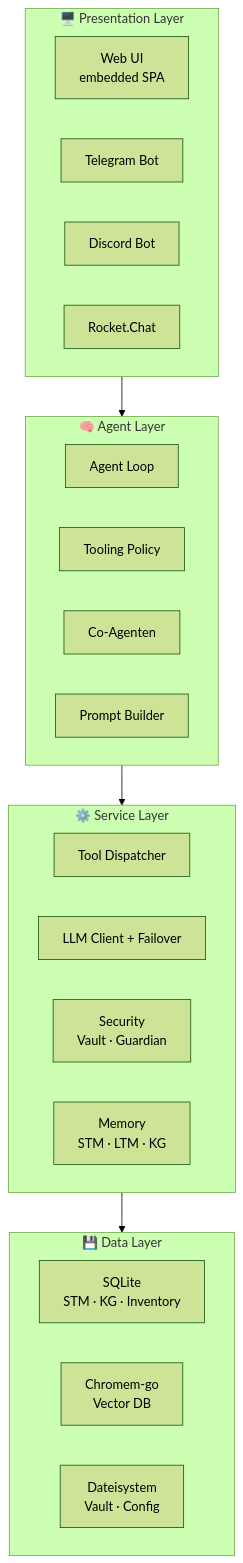
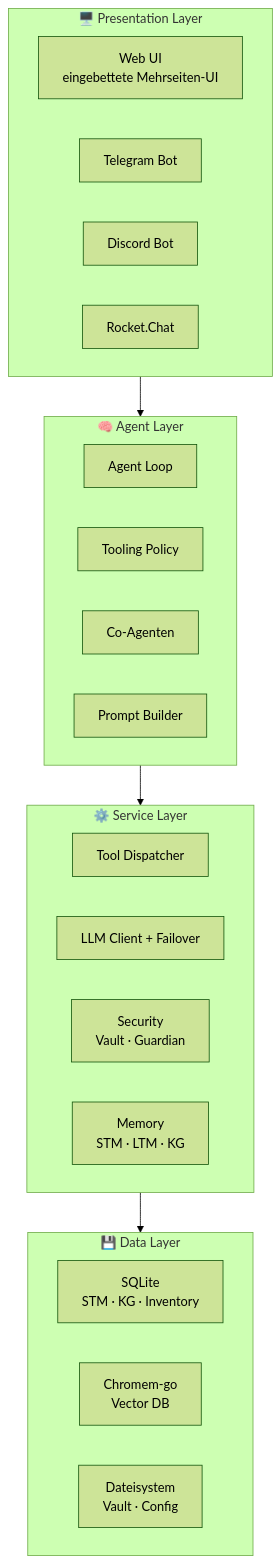
The first of 10 diagrams in documentation/manual/de/23-interna.md (antibyte/AuraGo), drawn with Mermaid (forest theme) before and after one commit. The commit also changed other lines of this file and 28 other files, not shown here.

````diff
--- a/documentation/manual/de/23-interna.md
+++ b/documentation/manual/de/23-interna.md
@@ -41,33 +41,33 @@
 ```mermaid
 flowchart TB
     subgraph Presentation["🖥️ Presentation Layer"]
-        WEB["Web UI<br/>embedded SPA"]
+        WEB["Web UI<br/>eingebettete Mehrseiten-UI"]
         TG["Telegram Bot"]
         DC["Discord Bot"]
         RC["Rocket.Chat"]
     end
 
     subgraph Agent["🧠 Agent Layer"]
         AL["Agent Loop"]
         TP["Tooling Policy"]
         CA["Co-Agenten"]
         PP["Prompt Builder"]
     end
 
     subgraph Service["⚙️ Service Layer"]
         TD["Tool Dispatcher"]
         LLM["LLM Client + Failover"]
         SEC["Security<br/>Vault · Guardian"]
         MEM["Memory<br/>STM · LTM · KG"]
     end
 
     subgraph Data["💾 Data Layer"]
         SQLite["SQLite<br/>STM · KG · Inventory"]
         Chromem["Chromem-go<br/>Vector DB"]
         FS["Dateisystem<br/>Vault · Config"]
     end
 
     Presentation --> Agent
     Agent --> Service
     Service --> Data
 ```
````
